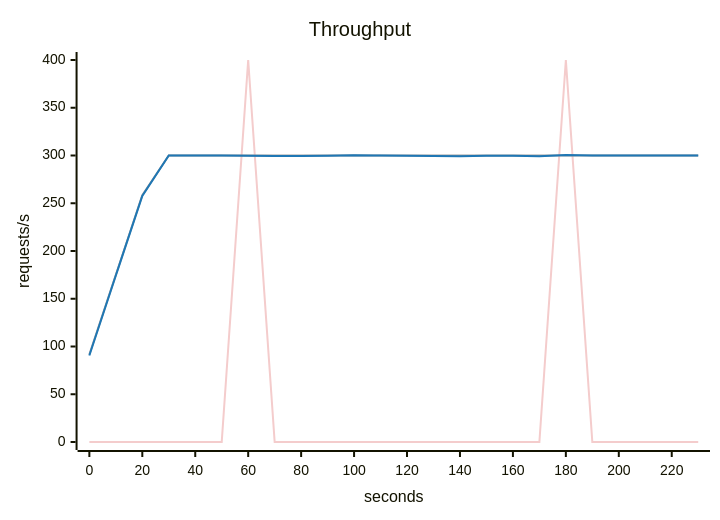
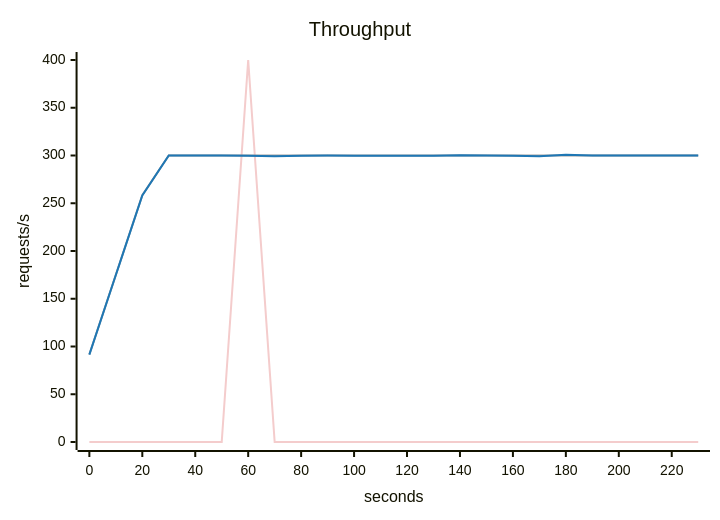
One commit to akinfemi/load-lore changed the second of 5 diagrams in scenarios/flaky-network/solutions/one-retry/report.md. Above: the diagram before and after it, drawn with Mermaid. The commit also changed other lines of this file and 71 other files, not shown here.

````diff
--- a/scenarios/flaky-network/solutions/one-retry/report.md
+++ b/scenarios/flaky-network/solutions/one-retry/report.md
@@ -36,16 +36,16 @@
 ```mermaid
 ---
 config:
   themeVariables:
     xyChart:
       backgroundColor: "transparent"
       plotColorPalette: "#f4cccc, #9e9e9e, #1f77b4"
 ---
 xychart-beta
     title "Throughput"
     x-axis "seconds" 0 --> 230
     y-axis "requests/s" 0 --> 400
-    line [0, 0, 0, 0, 0, 0, 400, 0, 0, 0, 0, 0, 0, 0, 0, 0, 0, 0, 400, 0, 0, 0, 0, 0]
+    line [0, 0, 0, 0, 0, 0, 400, 0, 0, 0, 0, 0, 0, 0, 0, 0, 0, 0, 0, 0, 0, 0, 0, 0]
     line [91.667, 175, 258.333, 300, 300, 300, 300, 300, 300, 300, 300, 300, 300, 300, 300, 300, 300, 300, 300, 300, 300, 300, 300, 300]
-    line [90.6, 174.336, 257.669, 299.974, 300.001, 300.028, 299.701, 299.501, 299.414, 299.611, 300.176, 299.969, 299.628, 299.501, 299.201, 299.676, 299.824, 299.271, 300.499, 300.03, 299.98, 300.02, 300, 300]
+    line [91.437, 174.883, 258.15, 300, 300, 300.03, 299.767, 299.332, 299.801, 299.983, 299.775, 299.719, 299.821, 299.781, 300.185, 299.904, 299.794, 299.33, 300.678, 300.028, 299.972, 300, 300, 300.008]
 ```
````
